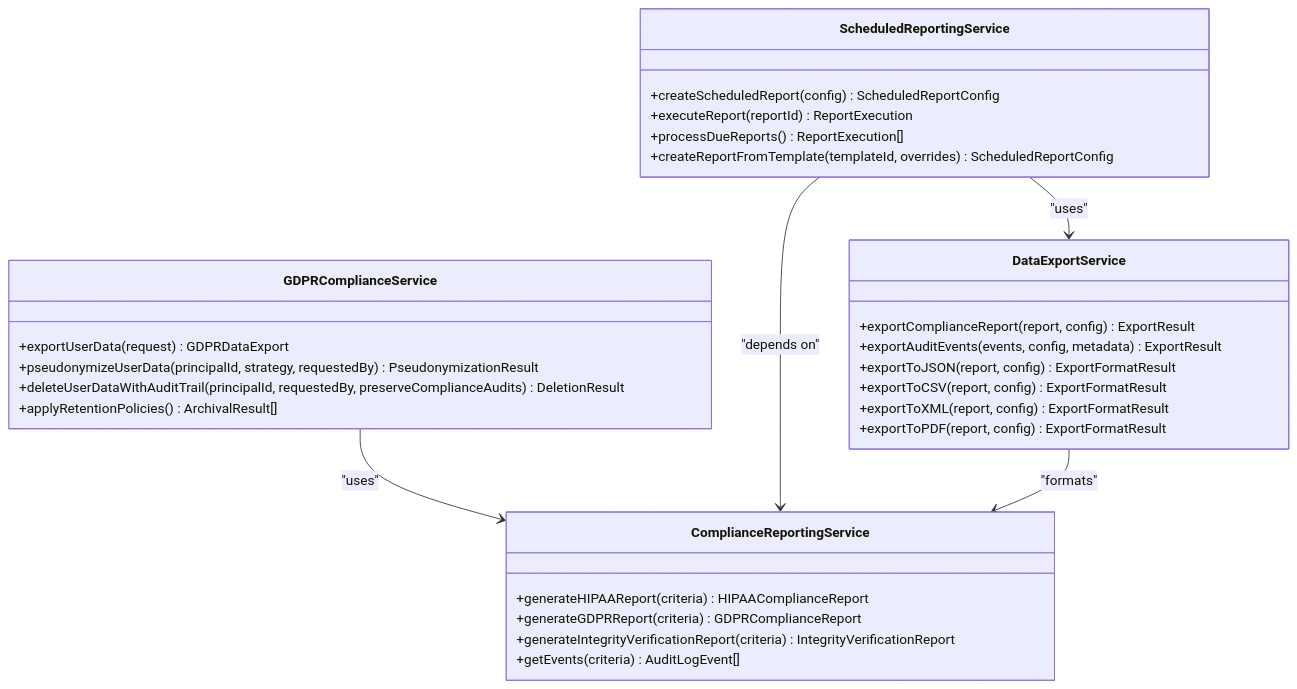
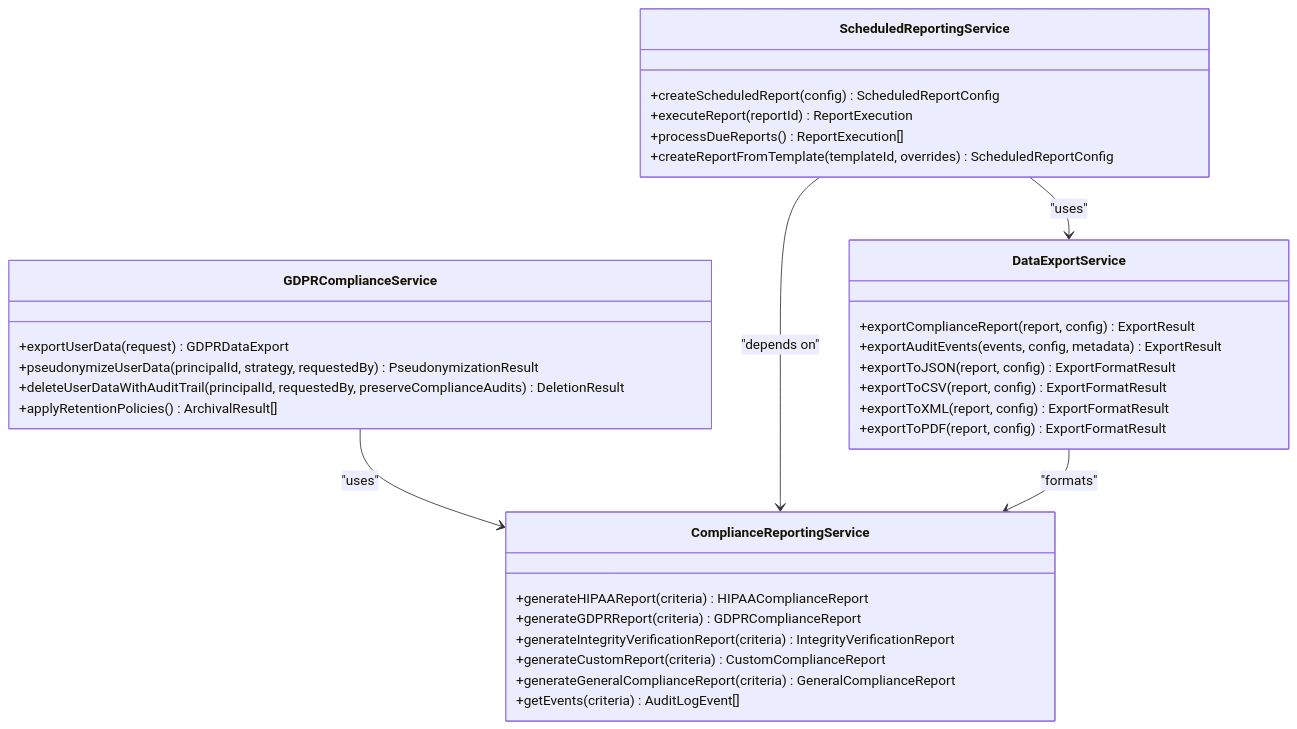
One commit to smedrec/smart-logs changed the first of 10 diagrams in .qoder/repowiki/en/content/Web Application/Compliance Reporting/Compliance Reporting.md. Above: the diagram before and after it, drawn with Mermaid. The commit also changed other lines of this file and 24 other files, not shown here.

````diff
--- a/.qoder/repowiki/en/content/Web Application/Compliance Reporting/Compliance Reporting.md
+++ b/.qoder/repowiki/en/content/Web Application/Compliance Reporting/Compliance Reporting.md
@@ -36,33 +49,35 @@
 ```mermaid
 classDiagram
 class GDPRComplianceService {
 +exportUserData(request) GDPRDataExport
 +pseudonymizeUserData(principalId, strategy, requestedBy) PseudonymizationResult
 +deleteUserDataWithAuditTrail(principalId, requestedBy, preserveComplianceAudits) DeletionResult
 +applyRetentionPolicies() ArchivalResult[]
 }
 class ComplianceReportingService {
 +generateHIPAAReport(criteria) HIPAAComplianceReport
 +generateGDPRReport(criteria) GDPRComplianceReport
 +generateIntegrityVerificationReport(criteria) IntegrityVerificationReport
++generateCustomReport(criteria) CustomComplianceReport
++generateGeneralComplianceReport(criteria) GeneralComplianceReport
 +getEvents(criteria) AuditLogEvent[]
 }
 class ScheduledReportingService {
 +createScheduledReport(config) ScheduledReportConfig
 +executeReport(reportId) ReportExecution
 +processDueReports() ReportExecution[]
 +createReportFromTemplate(templateId, overrides) ScheduledReportConfig
 }
 class DataExportService {
 +exportComplianceReport(report, config) ExportResult
 +exportAuditEvents(events, config, metadata) ExportResult
 +exportToJSON(report, config) ExportFormatResult
 +exportToCSV(report, config) ExportFormatResult
 +exportToXML(report, config) ExportFormatResult
 +exportToPDF(report, config) ExportFormatResult
 }
 GDPRComplianceService --> ComplianceReportingService : "uses"
 ScheduledReportingService --> ComplianceReportingService : "depends on"
 ScheduledReportingService --> DataExportService : "uses"
 DataExportService --> ComplianceReportingService : "formats"
 ```
````
